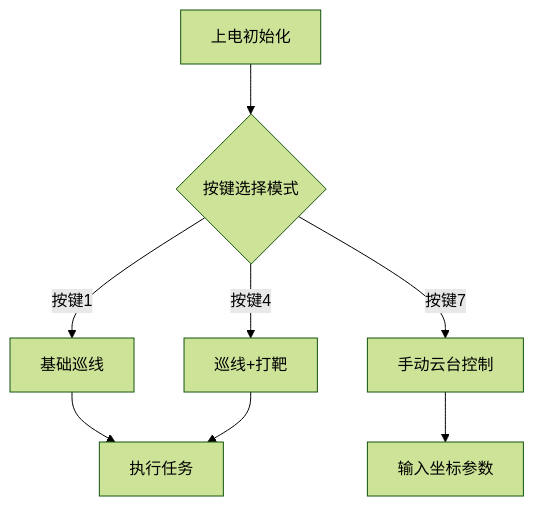
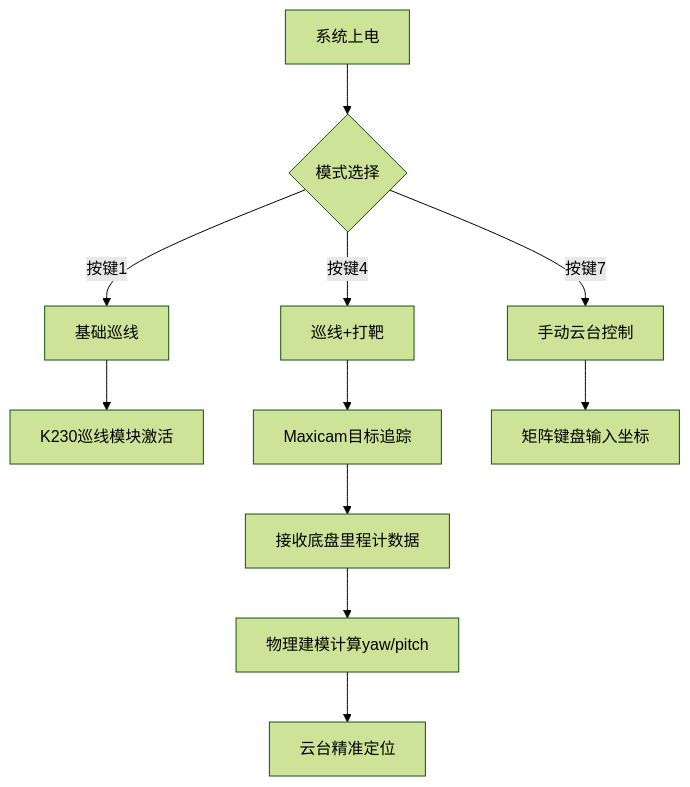
Before and after one commit to duoduozi-seu/repo_Ti_cup: the second of 2 diagrams in readme.md, drawn with Mermaid (forest theme). The commit also changed other lines of this file and 2 other files, not shown here.

````diff
--- a/readme.md
+++ b/readme.md
@@ -175,10 +291,13 @@
-   ```mermaid
-   graph TD
-     A[上电初始化] --> B{按键选择模式}
-     B -->|按键1| C[基础巡线]
-     B -->|按键4| D[巡线+打靶]
-     B -->|按键7| E[手动云台控制]
-     C --> F[执行任务]
-     D --> F
-     E --> G[输入坐标参数]
-   ```
+```mermaid
+graph TD
+  A[系统上电] --> B{模式选择}
+  B -->|按键1| C[基础巡线]
+  B -->|按键4| D[巡线+打靶]
+  B -->|按键7| E[手动云台控制]
+  C --> F[K230巡线模块激活]
+  D --> G[Maxicam目标追踪]
+  E --> H[矩阵键盘输入坐标]
+  G --> I[接收底盘里程计数据]
+  I --> J[物理建模计算yaw/pitch]
+  J --> K[云台精准定位]
+```
````
